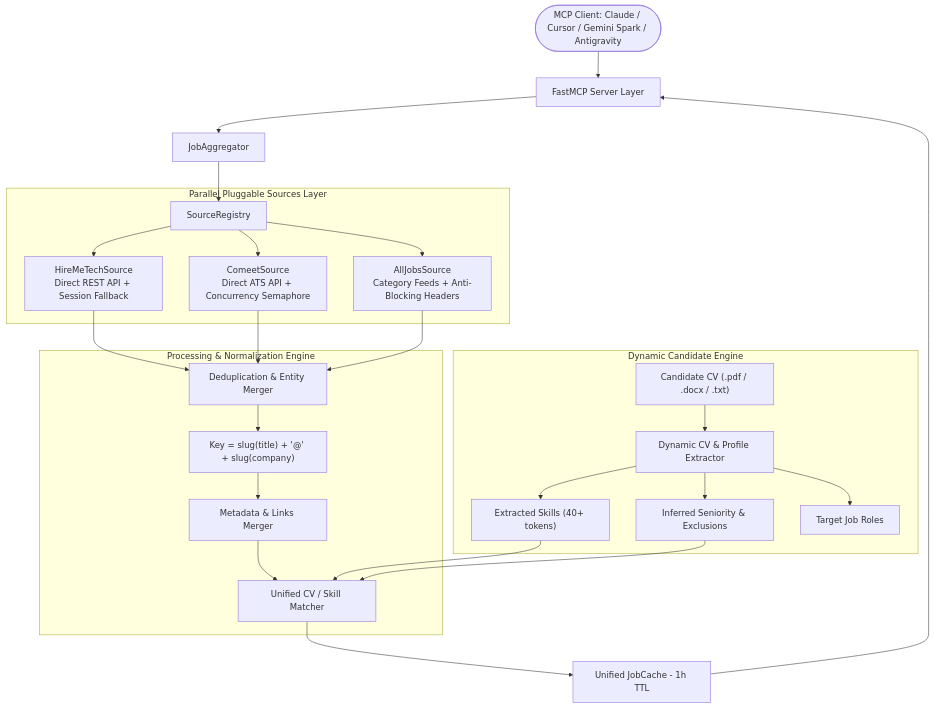
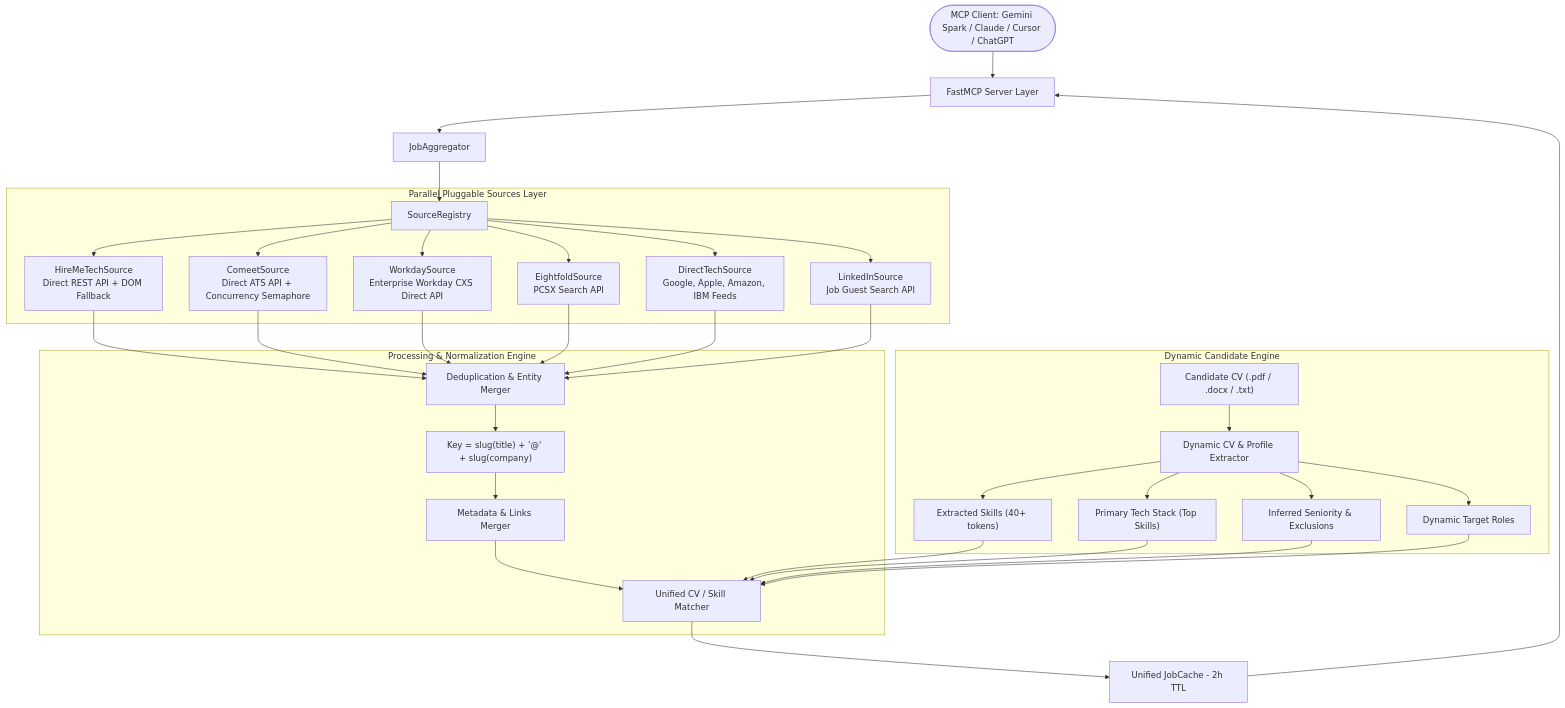
The diagram in README.md (zvieli/TechJobMCP), drawn with Mermaid before and after one commit. The commit also changed other lines of this file and 8 other files, not shown here.

````diff
--- a/README.md
+++ b/README.md
@@ -14,34 +22,43 @@
 ```mermaid
 graph TD
-    Client([MCP Client: Claude / Cursor / Gemini Spark / Antigravity]) --> Tools[FastMCP Server Layer]
+    Client([MCP Client: Gemini Spark / Claude / Cursor / ChatGPT]) --> Tools[FastMCP Server Layer]
     Tools --> Aggregator[JobAggregator]
     Aggregator --> Registry[SourceRegistry]
 
     subgraph Parallel Pluggable Sources Layer
-        Registry --> S1[HireMeTechSource<br/>Direct REST API + Session Fallback]
+        Registry --> S1[HireMeTechSource<br/>Direct REST API + DOM Fallback]
         Registry --> S2[ComeetSource<br/>Direct ATS API + Concurrency Semaphore]
-        Registry --> S3[AllJobsSource<br/>Category Feeds + Anti-Blocking Headers]
+        Registry --> S3[WorkdaySource<br/>Enterprise Workday CXS Direct API]
+        Registry --> S4[EightfoldSource<br/>PCSX Search API]
+        Registry --> S5[DirectTechSource<br/>Google, Apple, Amazon, IBM Feeds]
+        Registry --> S6[LinkedInSource<br/>Job Guest Search API]
     end
 
     subgraph Processing & Normalization Engine
         S1 --> Dedup[Deduplication & Entity Merger]
         S2 --> Dedup
         S3 --> Dedup
+        S4 --> Dedup
+        S5 --> Dedup
+        S6 --> Dedup
         
         Dedup --> NormKey["Key = slug(title) + '@' + slug(company)"]
         NormKey --> Merge[Metadata & Links Merger]
         Merge --> Scorer[Unified CV / Skill Matcher]
     end
 
     subgraph Dynamic Candidate Engine
         CV["Candidate CV (.pdf / .docx / .txt)"] --> Extractor[Dynamic CV & Profile Extractor]
         Extractor --> Skills["Extracted Skills (40+ tokens)"]
+        Extractor --> Stack["Primary Tech Stack (Top Skills)"]
         Extractor --> Seniority["Inferred Seniority & Exclusions"]
-        Extractor --> Roles["Target Job Roles"]
+        Extractor --> Roles["Dynamic Target Roles"]
         Skills --> Scorer
+        Stack --> Scorer
         Seniority --> Scorer
+        Roles --> Scorer
     end
 
-    Scorer --> Cache[Unified JobCache - 1h TTL]
+    Scorer --> Cache[Unified JobCache - 2h TTL]
     Cache --> Tools
 ```
````
